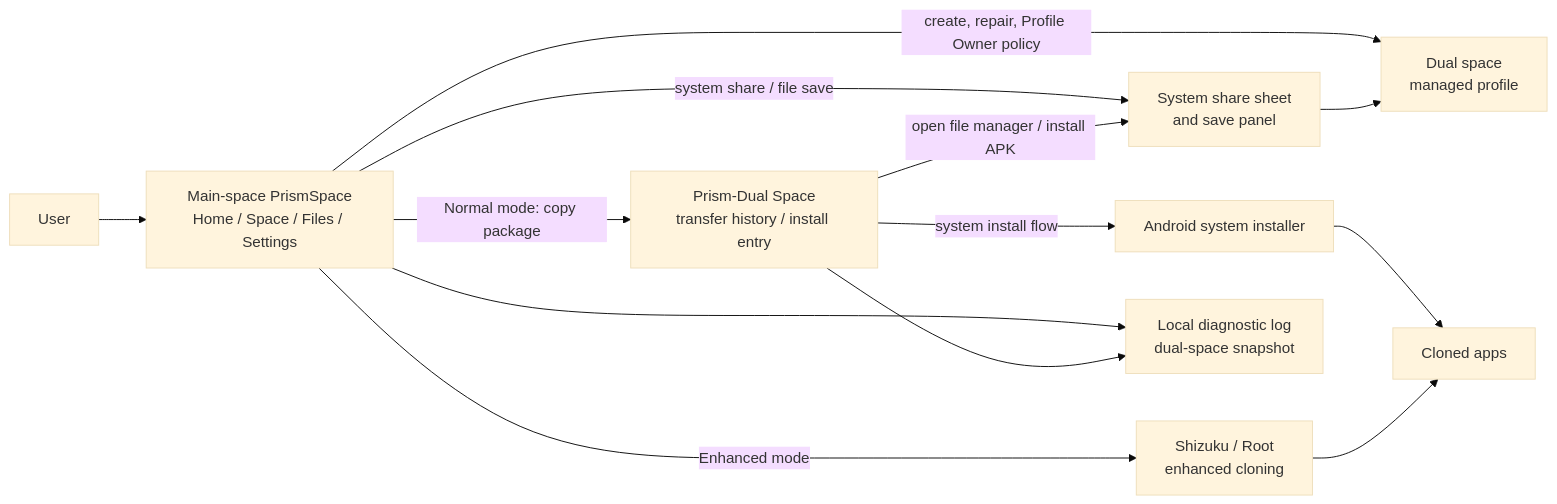
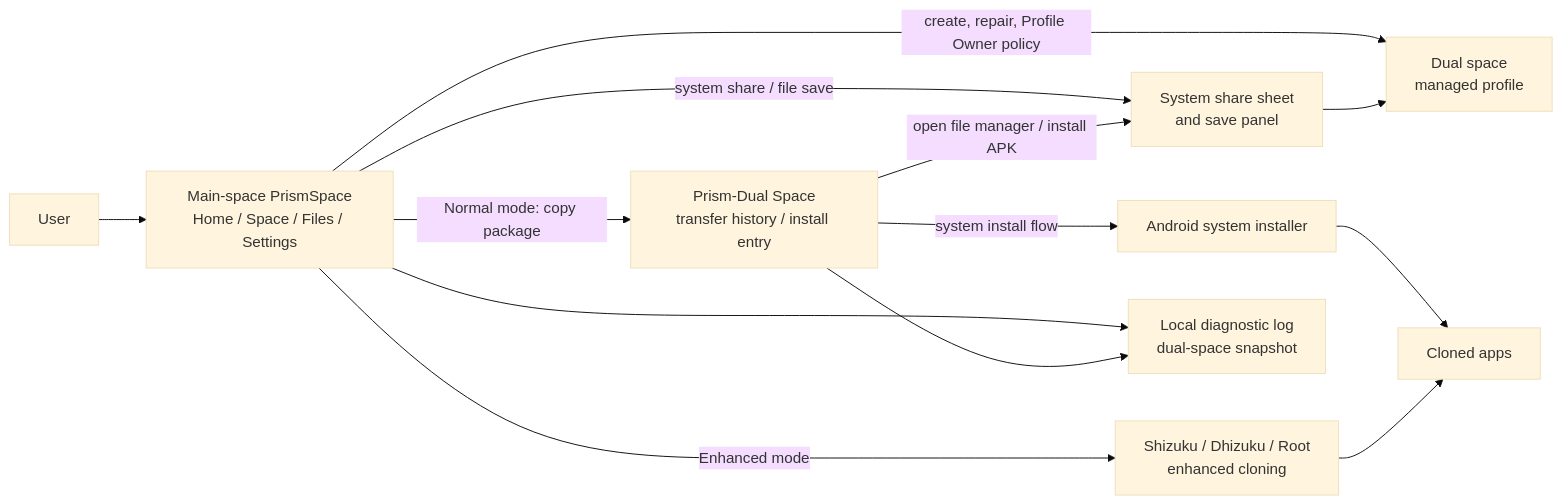
The diagram in README.en.md (yanggeyyds/PrismSpace), drawn with Mermaid (base theme) before and after one commit. The commit also changed other lines of this file and 1 other file, not shown here.

First line of the commit message:
docs: README 新增 Dhizuku 运行模式说明

````diff
--- a/README.en.md
+++ b/README.en.md
@@ -74,23 +75,23 @@
 ```mermaid
 flowchart LR
     User["User"]
     Main["Main-space PrismSpace<br/>Home / Space / Files / Settings"]
     Profile["Dual space<br/>managed profile"]
     Entry["Prism-Dual Space<br/>transfer history / install entry"]
     Apps["Cloned apps"]
     Installer["Android system installer"]
     Files["System share sheet<br/>and save panel"]
-    Privileged["Shizuku / Root<br/>enhanced cloning"]
+    Privileged["Shizuku / Dhizuku / Root<br/>enhanced cloning"]
     Diagnostics["Local diagnostic log<br/>dual-space snapshot"]
 
     User --> Main
     Main -- "create, repair, Profile Owner policy" --> Profile
     Main -- "Normal mode: copy package" --> Entry
     Entry -- "system install flow" --> Installer
     Installer --> Apps
     Main -- "Enhanced mode" --> Privileged --> Apps
     Main -- "system share / file save" --> Files --> Profile
     Entry -- "open file manager / install APK" --> Files
     Main --> Diagnostics
     Entry --> Diagnostics
 ```
````
